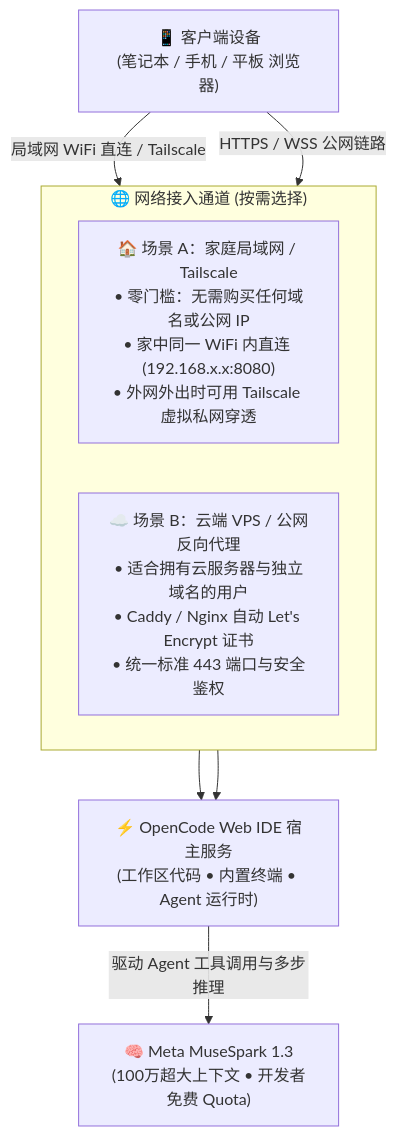
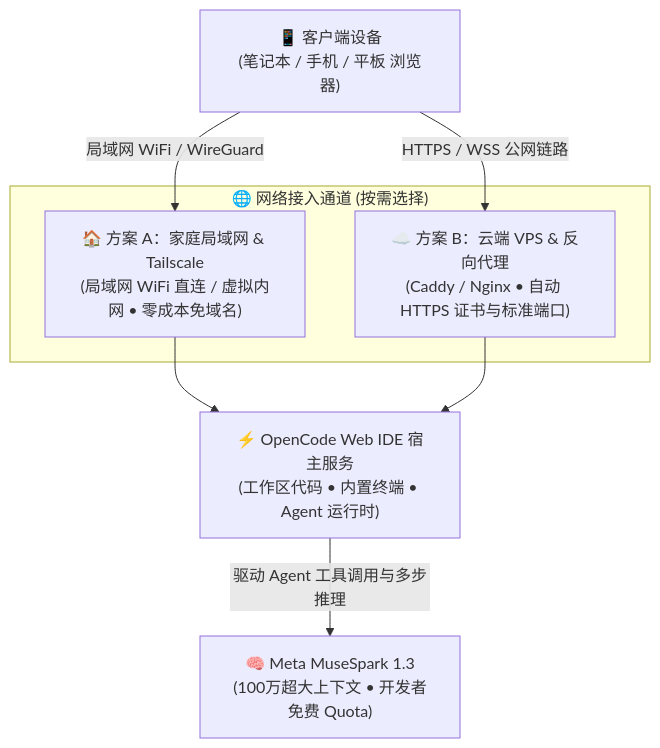
One commit to zjshen14/zjshen14.github.io changed the diagram in src/content/blog/zh/setup-opencode-remote-web-ide.md. Above: the diagram before and after it, drawn with Mermaid. The commit also changed 2 other files, not shown here.

Commit message:
fix: adjust Mermaid cluster padding and refine diagram nodes to prevent box overflow

````diff
--- a/src/content/blog/zh/setup-opencode-remote-web-ide.md
+++ b/src/content/blog/zh/setup-opencode-remote-web-ide.md
@@ -26,19 +26,18 @@
 ```mermaid
 flowchart TD
     Client["📱 客户端设备<br/>(笔记本 / 手机 / 平板 浏览器)"]
 
     subgraph NetworkAccess ["🌐 网络接入通道 (按需选择)"]
-        direction LR
-        LAN["🏠 场景 A：家庭局域网 / Tailscale<br/>• 零门槛：无需购买任何域名或公网 IP<br/>• 家中同一 WiFi 内直连 (192.168.x.x:8080)<br/>• 外网外出时可用 Tailscale 虚拟私网穿透"]
-        Proxy["☁️ 场景 B：云端 VPS / 公网反向代理<br/>• 适合拥有云服务器与独立域名的用户<br/>• Caddy / Nginx 自动 Let's Encrypt 证书<br/>• 统一标准 443 端口与安全鉴权"]
+        LAN["🏠 方案 A：家庭局域网 & Tailscale<br/>(局域网 WiFi 直连 / 虚拟内网 • 零成本免域名)"]
+        Proxy["☁️ 方案 B：云端 VPS & 反向代理<br/>(Caddy / Nginx • 自动 HTTPS 证书与标准端口)"]
     end
 
     OpenCode["⚡ OpenCode Web IDE 宿主服务<br/>(工作区代码 • 内置终端 • Agent 运行时)"]
     LLM["🧠 Meta MuseSpark 1.3<br/>(100万超大上下文 • 开发者免费 Quota)"]
 
-    Client -->|"局域网 WiFi 直连 / Tailscale"| LAN
+    Client -->|"局域网 WiFi / WireGuard"| LAN
     Client -->|"HTTPS / WSS 公网链路"| Proxy
     LAN --> OpenCode
     Proxy --> OpenCode
     OpenCode -->|"驱动 Agent 工具调用与多步推理"| LLM
 ```
````
